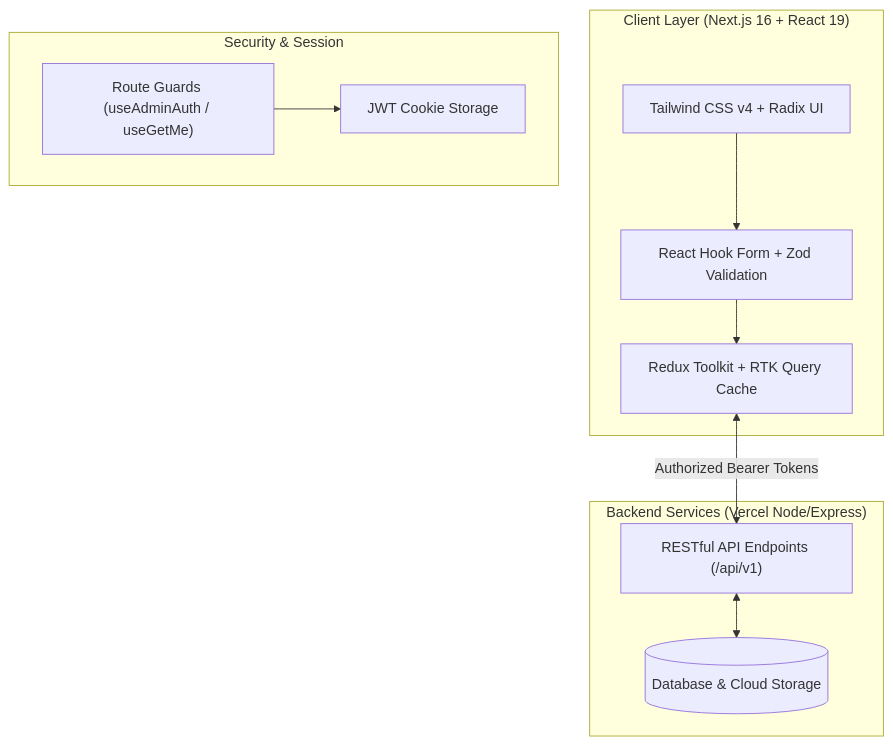
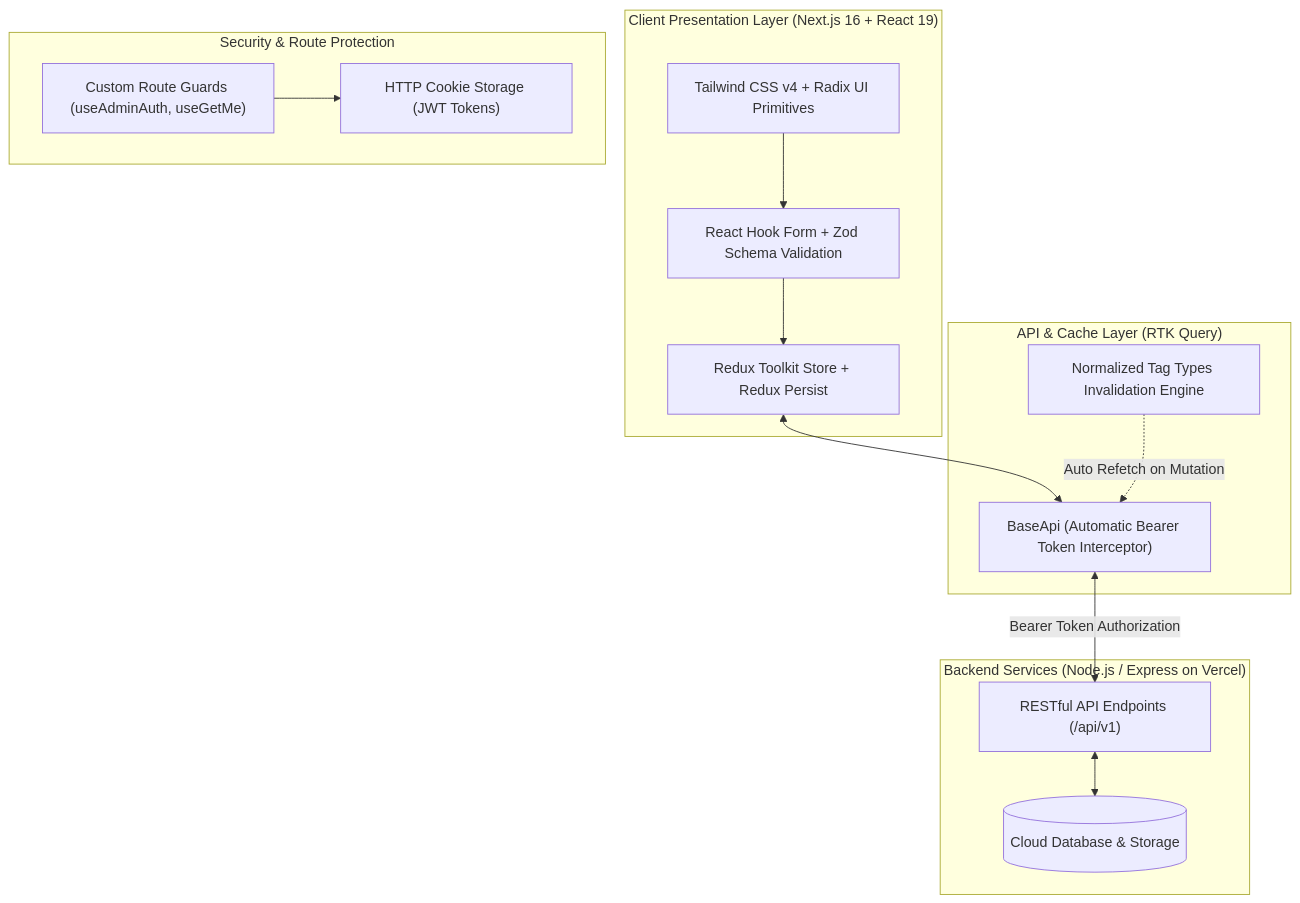
One commit to musfikanoni/skill-shelf-frontend changed the diagram in README.md. Above: the diagram before and after it, drawn with Mermaid. The commit also changed other lines of this file, not shown here.

Commit message:
docs: update README with comprehensive enterprise architecture and feature breakdown

````diff
--- a/README.md
+++ b/README.md
@@ -74,24 +43,31 @@
 ```mermaid
 flowchart TD
-    subgraph Client ["Client Layer (Next.js 16 + React 19)"]
-        UI["Tailwind CSS v4 + Radix UI"]
-        Forms["React Hook Form + Zod Validation"]
-        State["Redux Toolkit + RTK Query Cache"]
+    subgraph Client ["Client Presentation Layer (Next.js 16 + React 19)"]
+        UI["Tailwind CSS v4 + Radix UI Primitives"]
+        Forms["React Hook Form + Zod Schema Validation"]
+        Store["Redux Toolkit Store + Redux Persist"]
     end
 
-    subgraph Auth ["Security & Session"]
-        JWT["JWT Cookie Storage"]
-        Guard["Route Guards (useAdminAuth / useGetMe)"]
+    subgraph Security ["Security & Route Protection"]
+        Cookies["HTTP Cookie Storage (JWT Tokens)"]
+        Guards["Custom Route Guards (useAdminAuth, useGetMe)"]
     end
 
-    subgraph API ["Backend Services (Vercel Node/Express)"]
-        Endpoints["RESTful API Endpoints (/api/v1)"]
-        DB[(Database & Cloud Storage)]
+    subgraph StateAndCache ["API & Cache Layer (RTK Query)"]
+        RTK["BaseApi (Automatic Bearer Token Interceptor)"]
+        Tags["Normalized Tag Types Invalidation Engine"]
+    end
+
+    subgraph BackendServices ["Backend Services (Node.js / Express on Vercel)"]
+        API["RESTful API Endpoints (/api/v1)"]
+        DB[(Cloud Database & Storage)]
     end
 
     UI --> Forms
-    Forms --> State
-    Guard --> JWT
-    State <--> |Authorized Bearer Tokens| Endpoints
-    Endpoints <--> DB
+    Forms --> Store
+    Store <--> RTK
+    Guards --> Cookies
+    RTK <--> |Bearer Token Authorization| API
+    Tags -.-> |Auto Refetch on Mutation| RTK
+    API <--> DB
 ```
````
